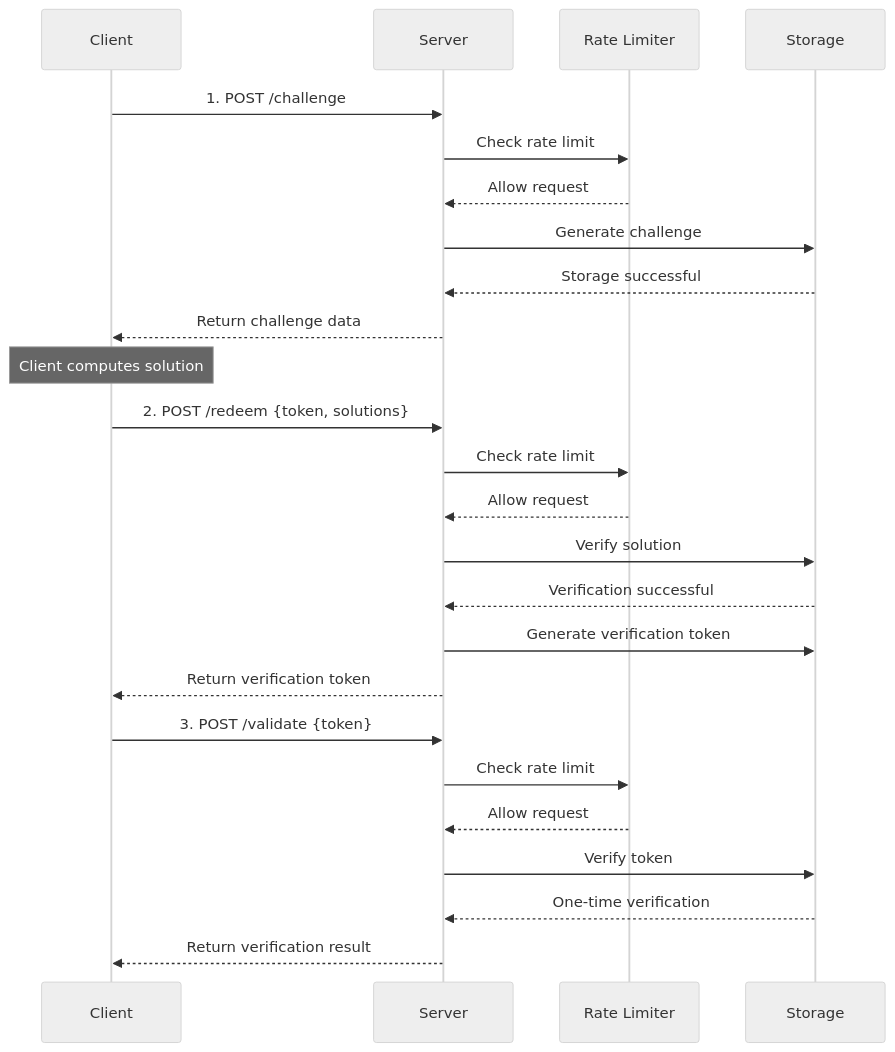
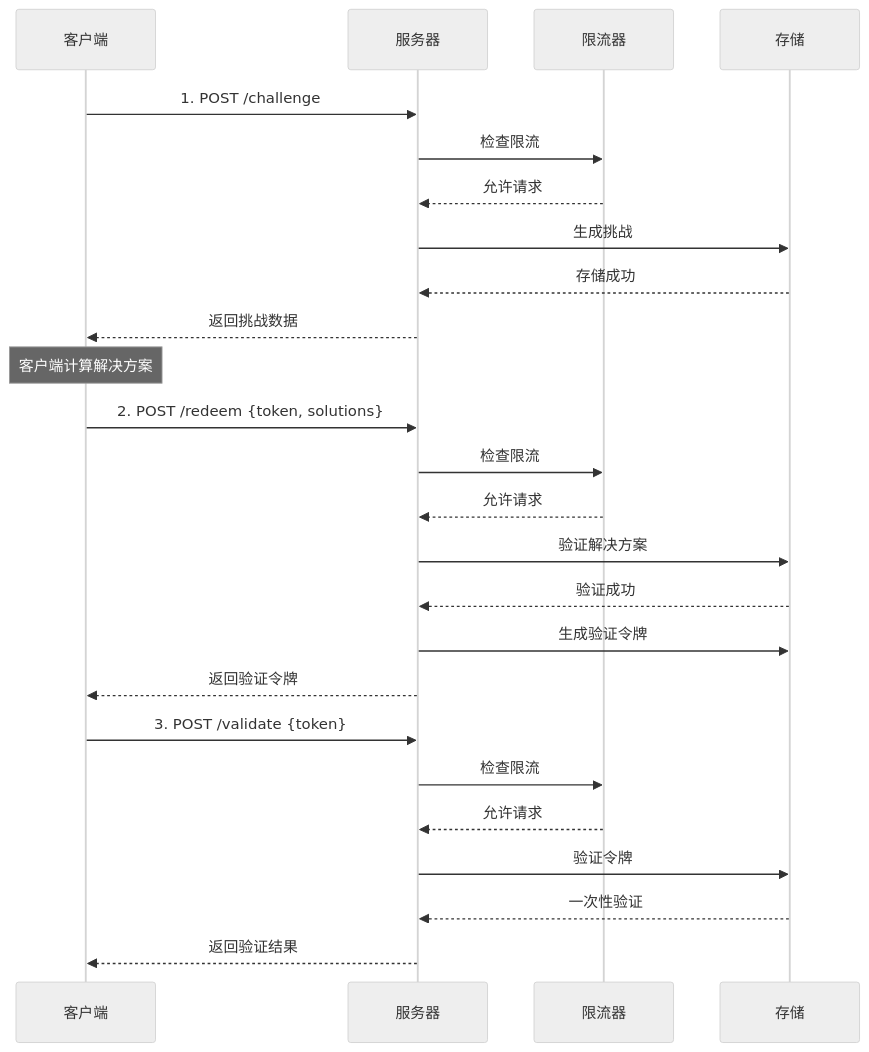
One commit to clysss/capito changed the diagram in README.en.md. Above: the diagram before and after it, drawn with Mermaid (neutral theme). The commit also changed other lines of this file, not shown here.

````diff
--- a/README.en.md
+++ b/README.en.md
@@ -516,31 +517,31 @@
 ```mermaid
 sequenceDiagram
-    participant C as Client
-    participant S as Server
-    participant RL as Rate Limiter
-    participant ST as Storage
+    participant C as 客户端
+    participant S as 服务器
+    participant RL as 限流器
+    participant ST as 存储
     
     C->>S: 1. POST /challenge
-    S->>RL: Check rate limit
-    RL-->>S: Allow request
-    S->>ST: Generate challenge
-    ST-->>S: Storage successful
-    S-->>C: Return challenge data
+    S->>RL: 检查限流
+    RL-->>S: 允许请求
+    S->>ST: 生成挑战
+    ST-->>S: 存储成功
+    S-->>C: 返回挑战数据
     
-    Note over C: Client computes solution
+    Note over C: 客户端计算解决方案
     
     C->>S: 2. POST /redeem {token, solutions}
-    S->>RL: Check rate limit
-    RL-->>S: Allow request
-    S->>ST: Verify solution
-    ST-->>S: Verification successful
-    S->>ST: Generate verification token
-    S-->>C: Return verification token
+    S->>RL: 检查限流
+    RL-->>S: 允许请求
+    S->>ST: 验证解决方案
+    ST-->>S: 验证成功
+    S->>ST: 生成验证令牌
+    S-->>C: 返回验证令牌
     
     C->>S: 3. POST /validate {token}
-    S->>RL: Check rate limit
-    RL-->>S: Allow request
-    S->>ST: Verify token
-    ST-->>S: One-time verification
-    S-->>C: Return verification result
+    S->>RL: 检查限流
+    RL-->>S: 允许请求
+    S->>ST: 验证令牌
+    ST-->>S: 一次性验证
+    S-->>C: 返回验证结果
 ```
````
